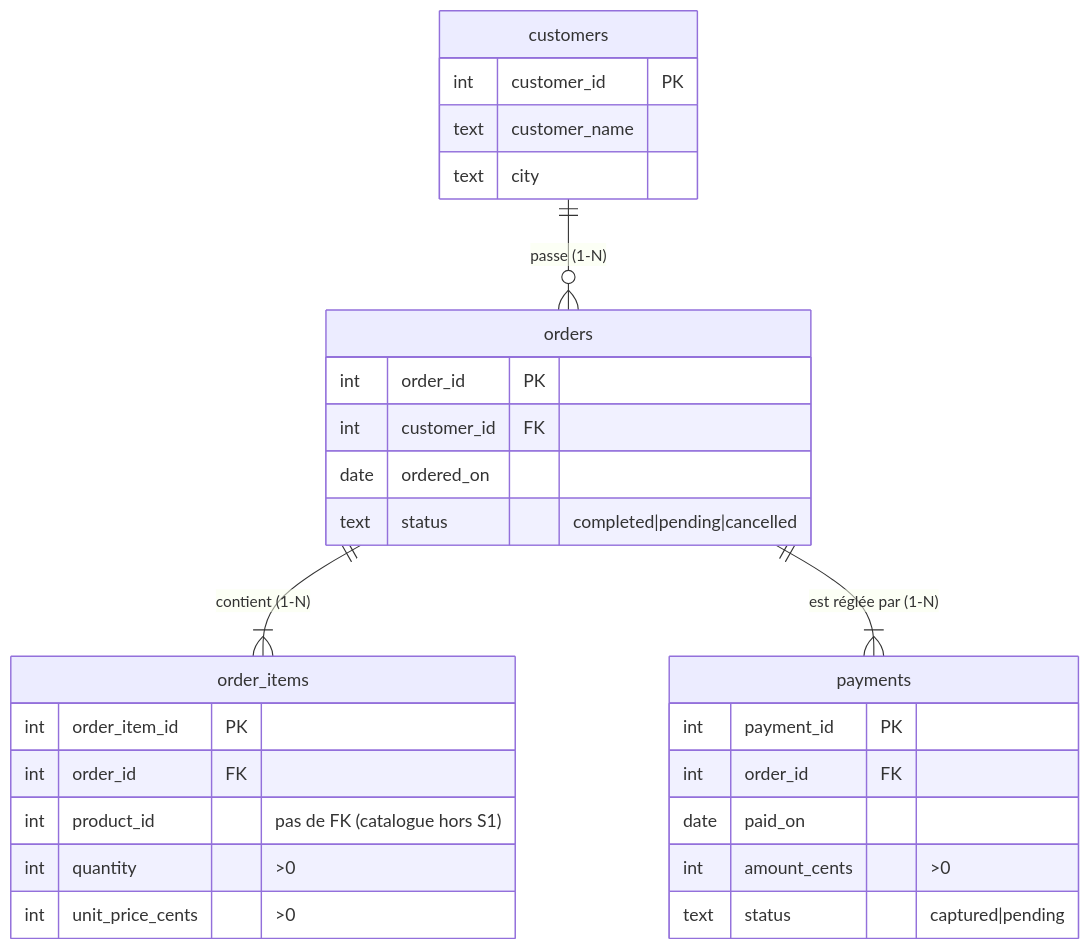
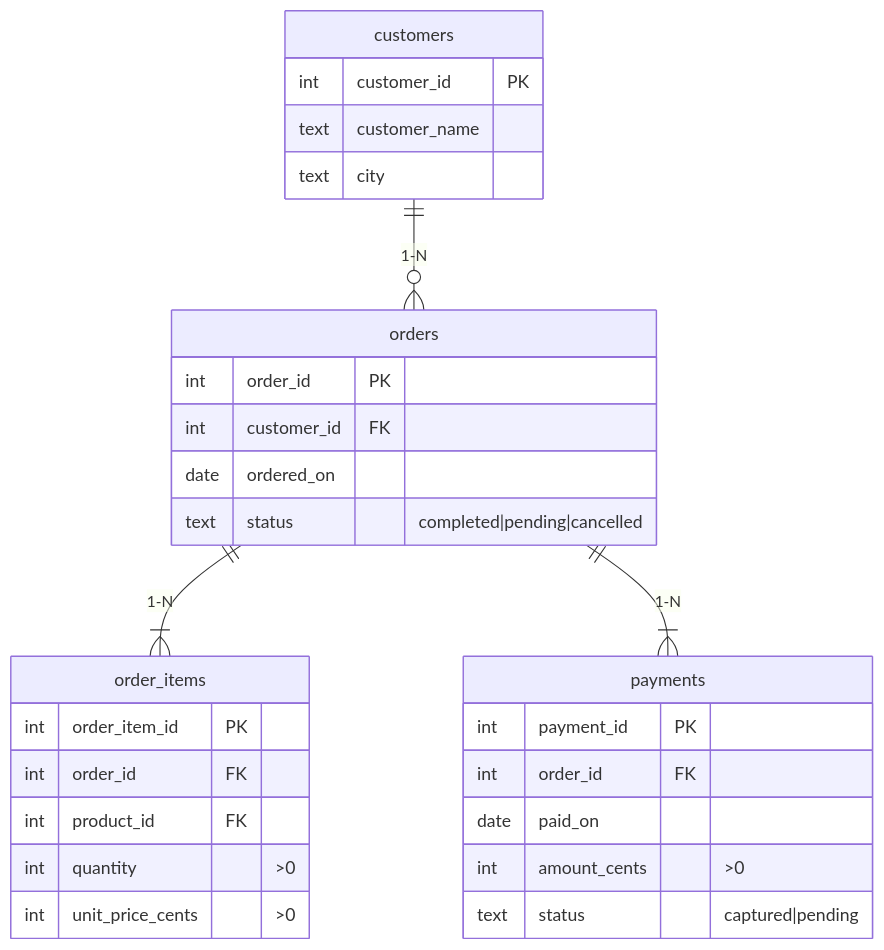
Before and after one commit to Lucas-Massako/Data-Pipeline-YNOV-: the diagram in README.md, drawn with Mermaid. The commit also changed other lines of this file and 1 other file, not shown here.

````diff
--- a/README.md
+++ b/README.md
@@ -38,23 +53,23 @@
 ```mermaid
 erDiagram
-    customers ||--o{ orders : "passe (1-N)"
-    orders ||--|{ order_items : "contient (1-N)"
-    orders ||--|{ payments : "est réglée par (1-N)"
+    customers ||--o{ orders : "1-N"
+    orders ||--|{ order_items : "1-N"
+    orders ||--|{ payments : "1-N"
     customers { int customer_id PK
                 text customer_name
                 text city }
     orders { int order_id PK
              int customer_id FK
              date ordered_on
              text status "completed|pending|cancelled" }
     order_items { int order_item_id PK
                   int order_id FK
-                  int product_id "pas de FK (catalogue hors S1)"
+                  int product_id FK
                   int quantity ">0"
                   int unit_price_cents ">0" }
     payments { int payment_id PK
                int order_id FK
                date paid_on
                int amount_cents ">0"
                text status "captured|pending" }
 ```
````
